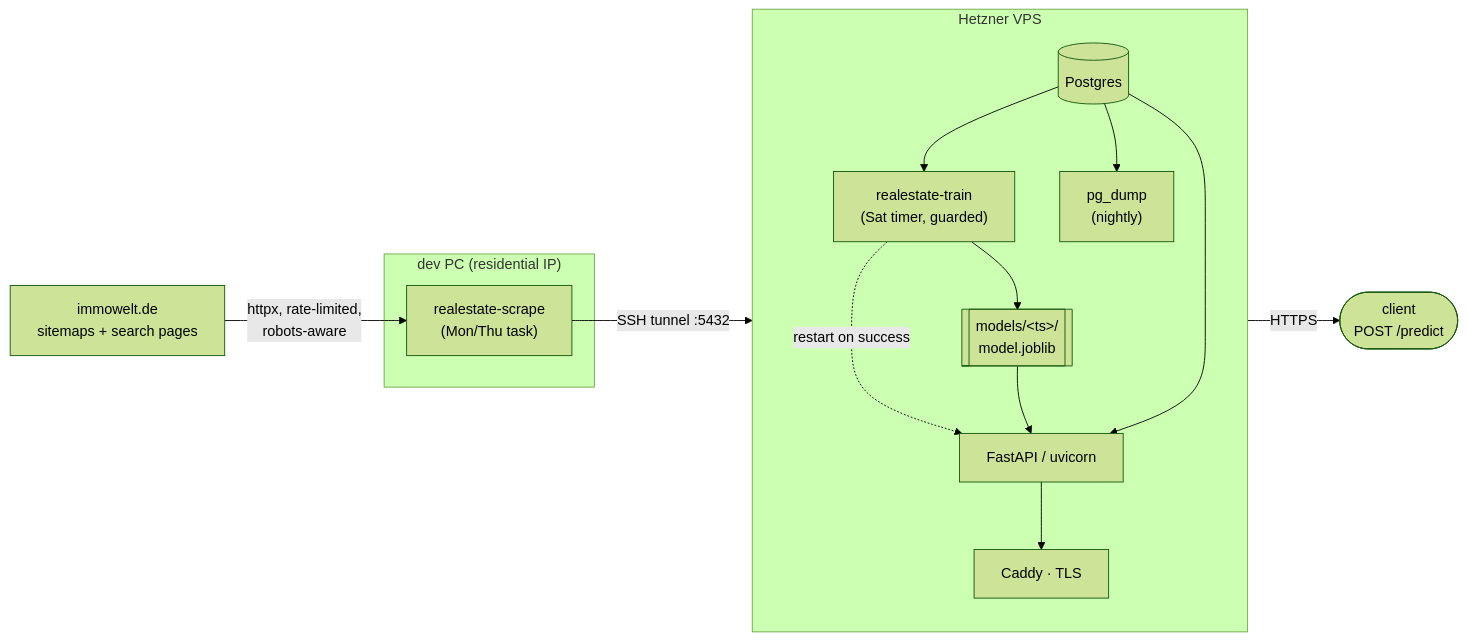
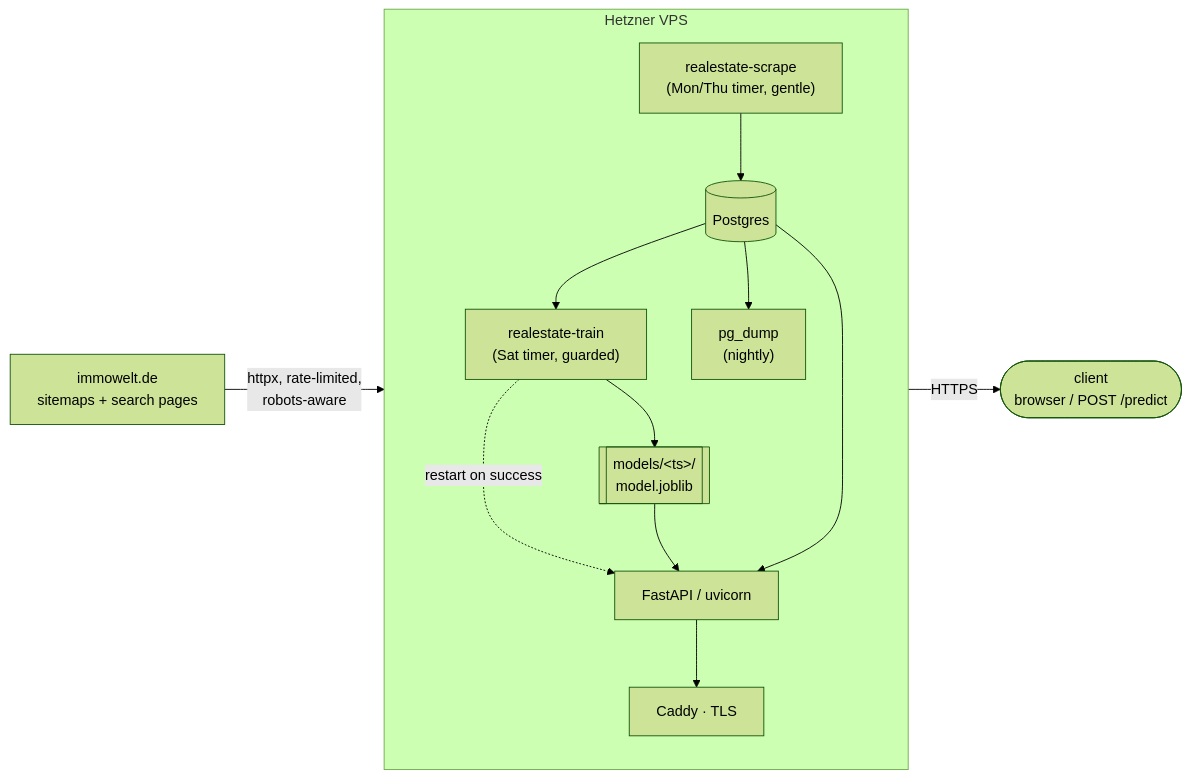
The diagram in README.md (oganbayril/germany-real-estate-api), drawn with Mermaid (forest theme) before and after one commit. The commit also changed other lines of this file and 3 other files, not shown here.

````diff
--- a/README.md
+++ b/README.md
@@ -18,25 +20,23 @@
 ```mermaid
 flowchart LR
-    subgraph pc["dev PC (residential IP)"]
-        scrape["realestate-scrape<br/>(Mon/Thu task)"]
-    end
     subgraph vps["Hetzner VPS"]
         direction TB
+        scrape["realestate-scrape<br/>(Mon/Thu timer, gentle)"]
         pg[("Postgres")]
         train["realestate-train<br/>(Sat timer, guarded)"]
         models[["models/&lt;ts&gt;/<br/>model.joblib"]]
         api["FastAPI / uvicorn"]
         caddy["Caddy · TLS"]
         backup["pg_dump<br/>(nightly)"]
     end
     immowelt["immowelt.de<br/>sitemaps + search pages"] -->|"httpx, rate-limited,<br/>robots-aware"| scrape
-    scrape -->|"SSH tunnel :5432"| pg
+    scrape --> pg
     pg --> train
     train --> models
     train -.->|"restart on success"| api
     models --> api
     pg --> api
     pg --> backup
     api --> caddy
-    caddy -->|"HTTPS"| client(["client<br/>POST /predict"])
+    caddy -->|"HTTPS"| client(["client<br/>browser / POST /predict"])
 ```
````
